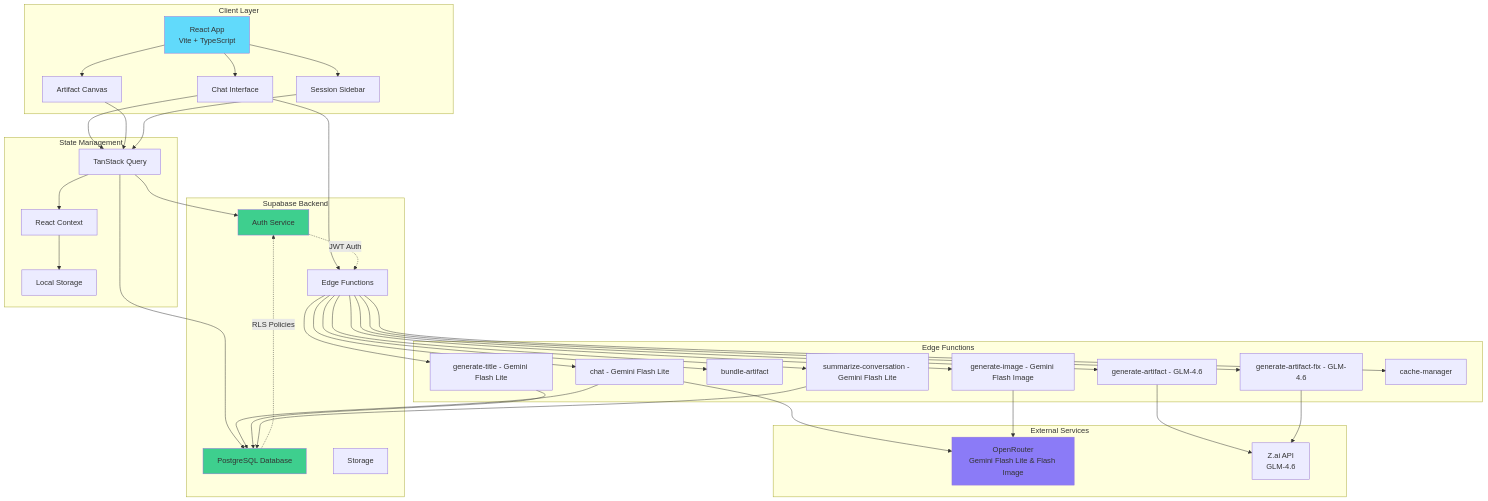
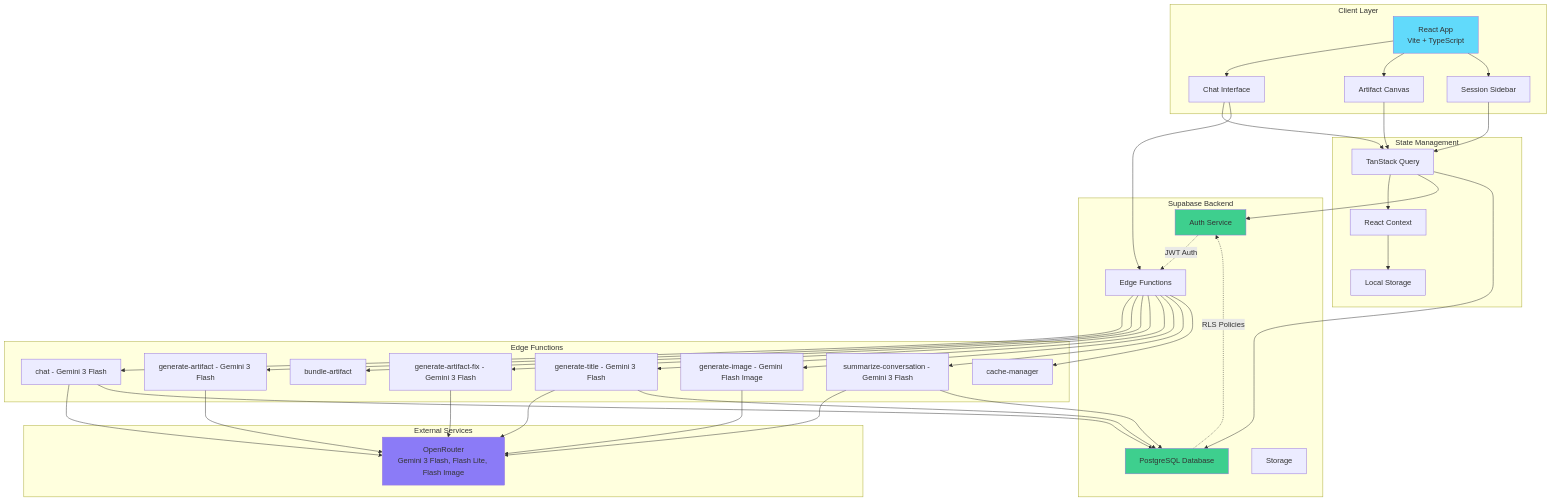
Before and after one commit to NickB03/vana: the first of 5 diagrams in README.md, drawn with Mermaid. The commit also changed other lines of this file and 84 other files, not shown here.

First line of the commit message:
feat: Complete Gemini 3 Flash migration from GLM (#521)

````diff
--- a/README.md
+++ b/README.md
@@ -265,76 +264,77 @@
 ```mermaid
 graph TB
     subgraph "Client Layer"
         A[React App<br/>Vite + TypeScript]
         B[Chat Interface]
         C[Artifact Canvas]
         D[Session Sidebar]
     end
 
     subgraph "State Management"
         E[TanStack Query]
         F[React Context]
         G[Local Storage]
     end
 
     subgraph "Supabase Backend"
         H[PostgreSQL Database]
         I[Auth Service]
         J[Edge Functions]
         K[Storage]
     end
 
     subgraph "Edge Functions"
-        L[chat - Gemini Flash Lite]
-        LA[generate-artifact - GLM-4.6]
+        L[chat - Gemini 3 Flash]
+        LA[generate-artifact - Gemini 3 Flash]
         LB[bundle-artifact]
-        LC[generate-artifact-fix - GLM-4.6]
-        M[generate-title - Gemini Flash Lite]
+        LC[generate-artifact-fix - Gemini 3 Flash]
+        M[generate-title - Gemini 3 Flash]
         N[generate-image - Gemini Flash Image]
-        O[summarize-conversation - Gemini Flash Lite]
+        O[summarize-conversation - Gemini 3 Flash]
         P[cache-manager]
     end
 
     subgraph "External Services"
-        Q[OpenRouter<br/>Gemini Flash Lite & Flash Image]
-        QA[Z.ai API<br/>GLM-4.6]
+        Q[OpenRouter<br/>Gemini 3 Flash, Flash Lite, Flash Image]
     end
 
     A --> B
     A --> C
     A --> D
     B --> E
     C --> E
     D --> E
     E --> F
     F --> G
 
     E --> I
     E --> H
     B --> J
 
     J --> L
     J --> LA
     J --> LB
     J --> LC
     J --> M
     J --> N
     J --> O
     J --> P
 
     L --> Q
-    LA --> QA
-    LC --> QA
+    LA --> Q
+    LC --> Q
+    M --> Q
     N --> Q
+    O --> Q
     L --> H
     M --> H
     O --> H
 
     I -.JWT Auth.-> J
     H -.RLS Policies.-> I
 
     style A fill:#61dafb
     style H fill:#3ecf8e
     style Q fill:#8B7BF7
     style I fill:#3ecf8e
 ```
````
